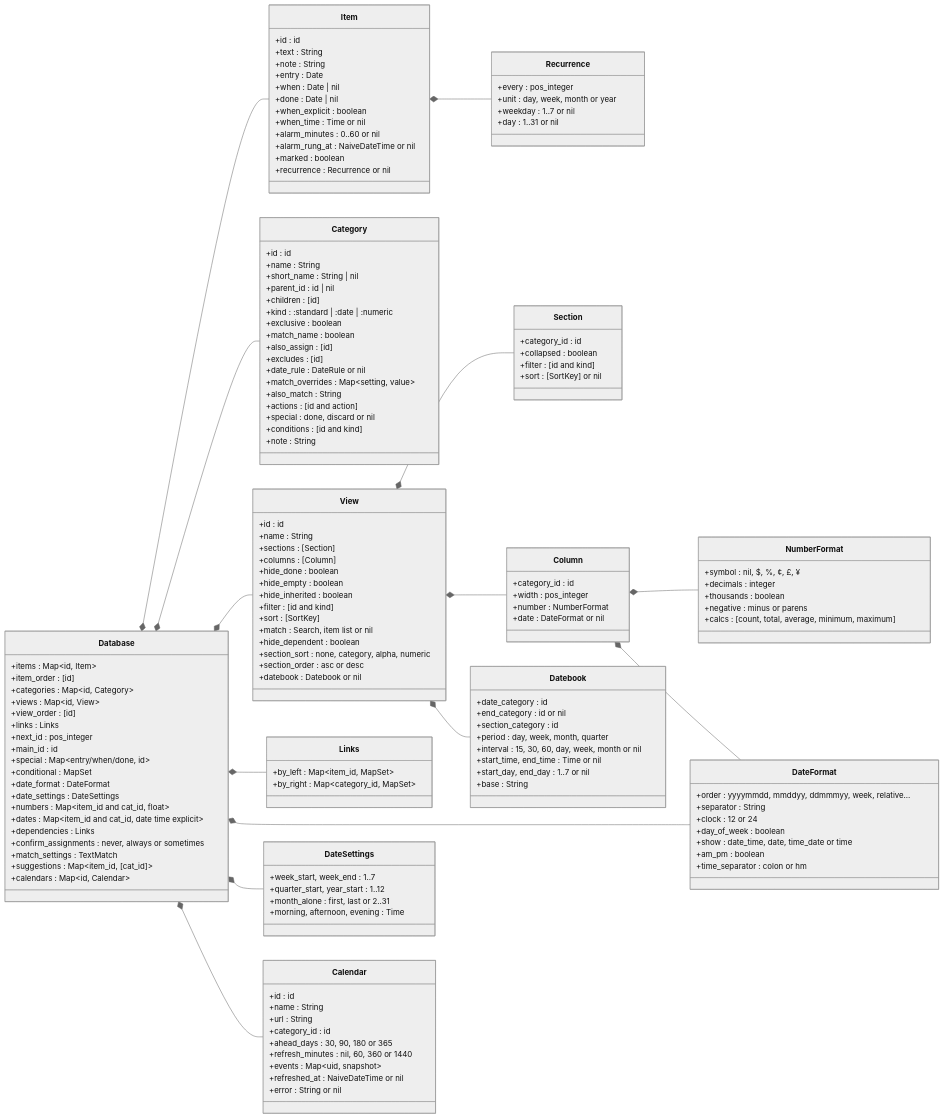
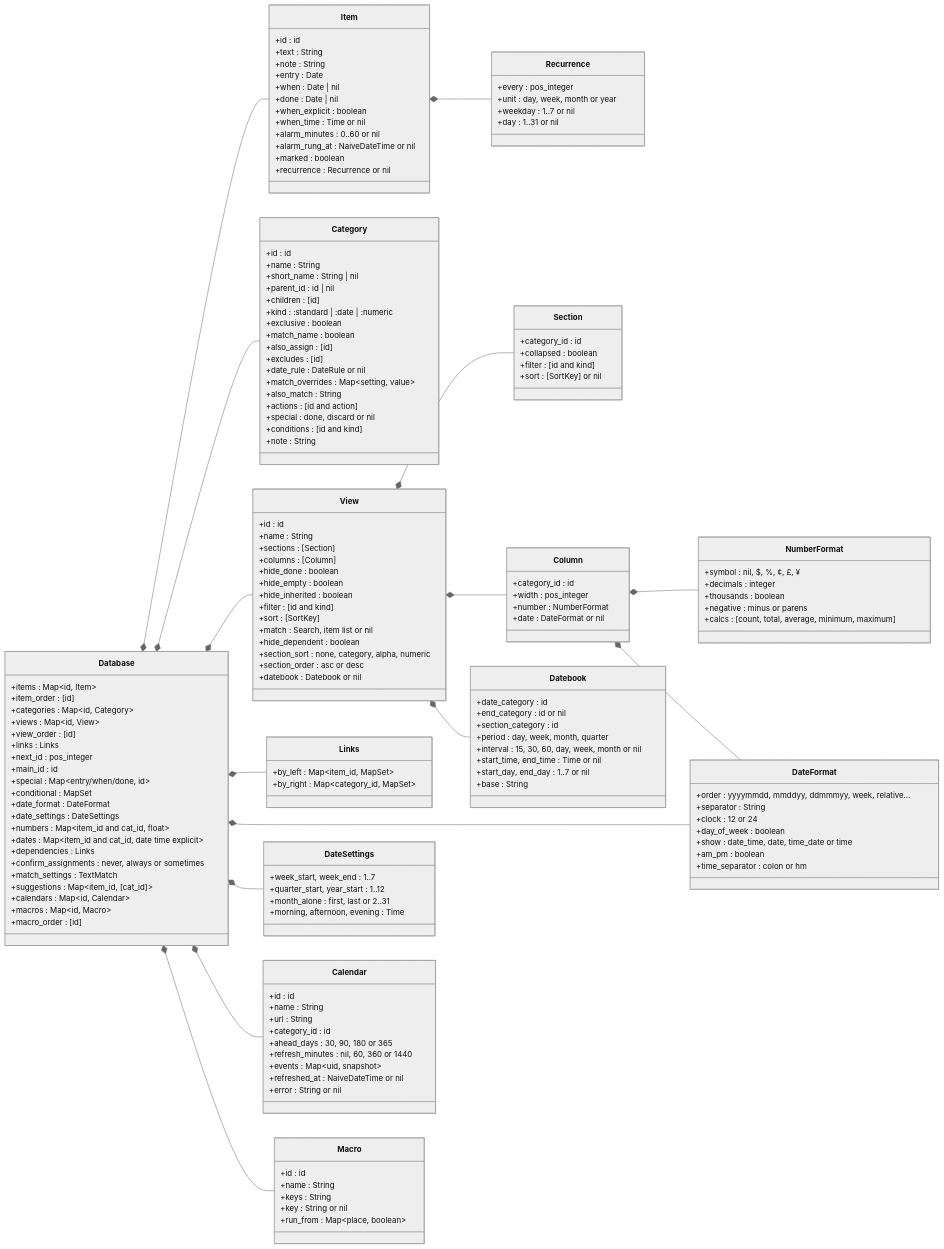
The second of 6 diagrams in docs/DATA_MODEL.md (jamting/agendum), drawn with Mermaid (neutral theme) before and after one commit. The commit also changed other lines of this file and 15 other files, not shown here.

```diff
--- a/docs/DATA_MODEL.md
+++ b/docs/DATA_MODEL.md
@@ -148,6 +158,8 @@
         +match_settings : TextMatch
         +suggestions : Map~item_id, [cat_id]~
         +calendars : Map~id, Calendar~
+        +macros : Map~id, Macro~
+        +macro_order : [id]
     }
     class DateFormat {
         +order : yyyymmdd, mmddyy, ddmmmyy, week, relative…
@@ -259,6 +271,13 @@
         +refreshed_at : NaiveDateTime or nil
         +error : String or nil
     }
+    class Macro {
+        +id : id
+        +name : String
+        +keys : String
+        +key : String or nil
+        +run_from : Map~place, boolean~
+    }
     class Links {
         +by_left : Map~item_id, MapSet~
         +by_right : Map~category_id, MapSet~
@@ -271,6 +290,7 @@
     Database *-- DateFormat
     Database *-- DateSettings
     Database *-- Calendar
+    Database *-- Macro
     View *-- Section
     View *-- Column
     View *-- Datebook
```
